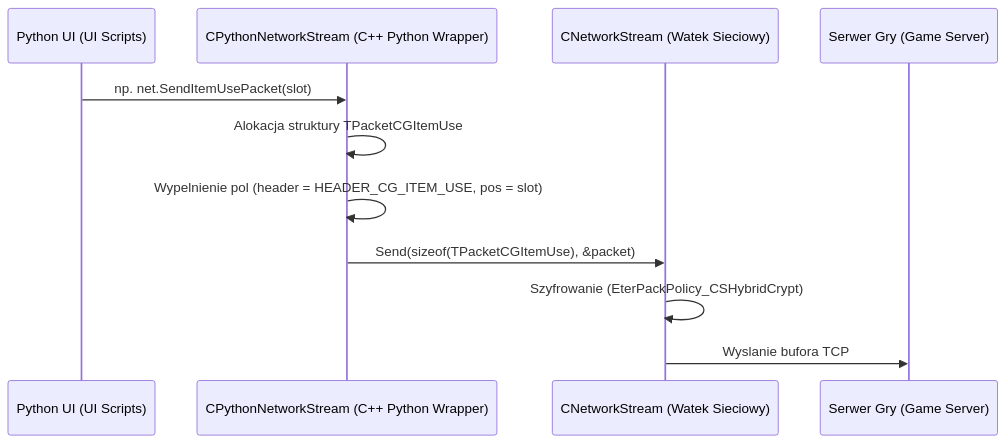
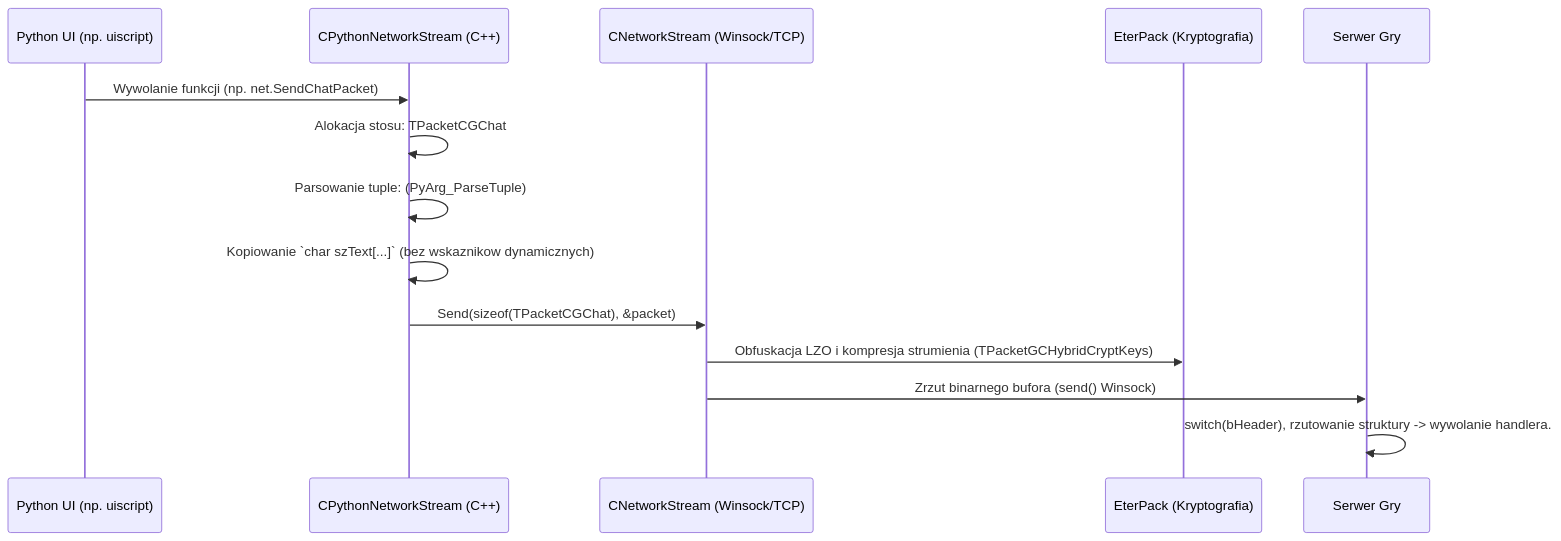
The diagram in docs/03_network_protocol/04_packets_cg_client_to_server.md (vanechkavanya15-max/x64ClientMine), drawn with Mermaid before and after one commit. The commit also changed other lines of this file, not shown here.

Commit message:
docs(cli-doc-31-packet-cg-spec): dekonstrukcja Packet.h: Kompletna Dekonstrukcja Pakietow Klient -> Serwer (CG)

````diff
--- a/docs/03_network_protocol/04_packets_cg_client_to_server.md
+++ b/docs/03_network_protocol/04_packets_cg_client_to_server.md
@@ -12,14 +11,17 @@
 ```mermaid
 sequenceDiagram
-    participant UI as Python UI (UI Scripts)
-    participant API as CPythonNetworkStream (C++ Python Wrapper)
-    participant Net as CNetworkStream (Watek Sieciowy)
-    participant Srv as Serwer Gry (Game Server)
+    participant UI as Python UI (np. uiscript)
+    participant CPy as CPythonNetworkStream (C++)
+    participant CNet as CNetworkStream (Winsock/TCP)
+    participant EterPack as EterPack (Kryptografia)
+    participant Server as Serwer Gry
 
-    UI->>API: np. net.SendItemUsePacket(slot)
-    API->>API: Alokacja struktury TPacketCGItemUse
-    API->>API: Wypelnienie pol (header = HEADER_CG_ITEM_USE, pos = slot)
-    API->>Net: Send(sizeof(TPacketCGItemUse), &packet)
-    Net->>Net: Szyfrowanie (EterPackPolicy_CSHybridCrypt)
-    Net->>Srv: Wyslanie bufora TCP
+    UI->>CPy: Wywolanie funkcji (np. net.SendChatPacket)
+    CPy->>CPy: Alokacja stosu: TPacketCGChat
+    CPy->>CPy: Parsowanie tuple: (PyArg_ParseTuple)
+    CPy->>CPy: Kopiowanie `char szText[...]` (bez wskaznikow dynamicznych)
+    CPy->>CNet: Send(sizeof(TPacketCGChat), &packet)
+    CNet->>EterPack: Obfuskacja LZO i kompresja strumienia (TPacketGCHybridCryptKeys)
+    CNet->>Server: Zrzut binarnego bufora (send() Winsock)
+    Server->>Server: switch(bHeader), rzutowanie struktury -> wywolanie handlera.
 ```
````
